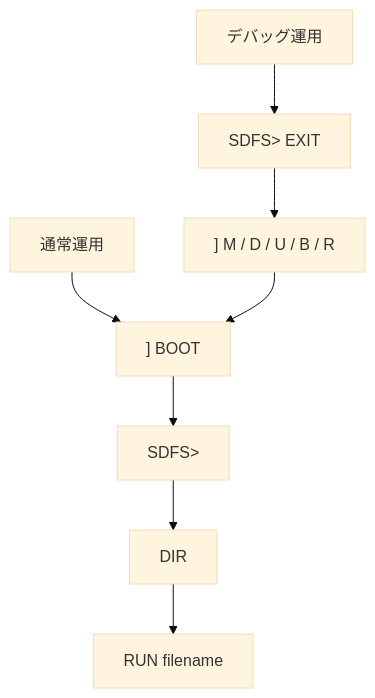
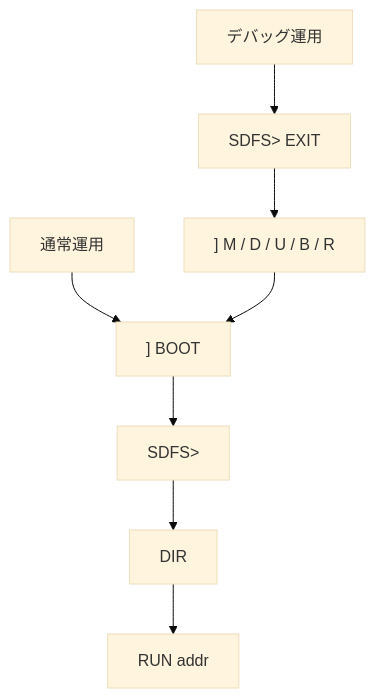
Before and after one commit to kuninet/mc6800-rom-monitor: the diagram in docs/usage/sdfs68_system_sd.md, drawn with Mermaid (base theme). The commit also changed other lines of this file and 5 other files, not shown here.

````diff
--- a/docs/usage/sdfs68_system_sd.md
+++ b/docs/usage/sdfs68_system_sd.md
@@ -9,15 +9,15 @@
 ```mermaid
 flowchart TD
     NORMAL["通常運用"]
     BOOT["] BOOT"]
     SDFS["SDFS>"]
     DIR["DIR"]
-    RUN["RUN filename"]
+    RUN["RUN addr"]
     DEBUG["デバッグ運用"]
     EXIT["SDFS> EXIT"]
     ROM["] M / D / U / B / R"]
 
     NORMAL --> BOOT --> SDFS --> DIR --> RUN
     DEBUG --> EXIT --> ROM
     ROM --> BOOT
 ```
````
